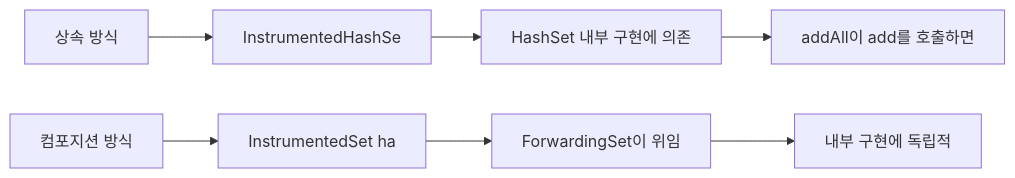
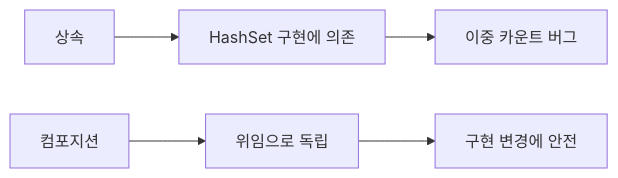
Before and after one commit to yjkim2015/yjkim2015.github.io: the third of 6 diagrams in _posts/effective_java/2026-05-03-effective-java-classes-interfaces.md, drawn with Mermaid. The commit also changed other lines of this file and 163 other files, not shown here.

First line of the commit message:
Mermaid 300개 블록 내용 축소: 5노드 5엣지 이하, 의미 있는 약어

````diff
--- a/_posts/effective_java/2026-05-03-effective-java-classes-interfaces.md
+++ b/_posts/effective_java/2026-05-03-effective-java-classes-interfaces.md
@@ -162,9 +162,7 @@
 ```mermaid
-flowchart LR
-    A["상속 방식"] --> B["InstrumentedHashSe"]
-    B --> C["HashSet 내부 구현에 의존"]
-    C --> D["addAll이 add를 호출하면"]
-    E["컴포지션 방식"] --> F["InstrumentedSet ha"]
-    F --> G["ForwardingSet이 위임"]
-    G --> H["내부 구현에 독립적"]
+graph LR
+    A["상속"] --> B["HashSet 구현에 의존"]
+    B --> C["이중 카운트 버그"]
+    D["컴포지션"] --> E["위임으로 독립"]
+    E --> F["구현 변경에 안전"]
 ```
````
